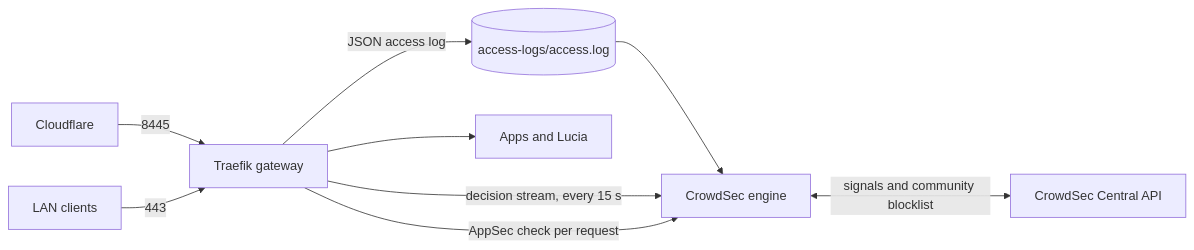
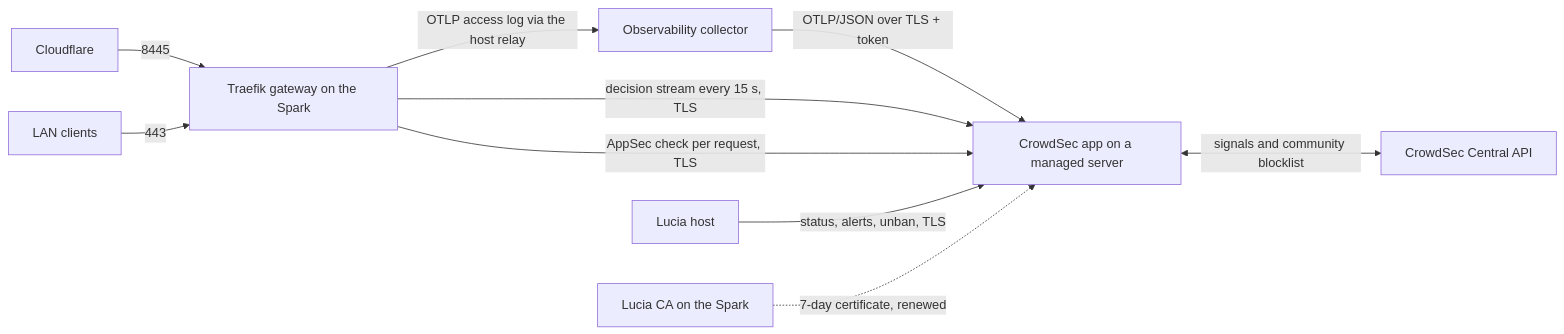
One commit to seiggy/lucia.os changed the diagram in docs-site/docs/deploy/crowdsec.mdx. Above: the diagram before and after it, drawn with Mermaid. The commit also changed other lines of this file and 50 other files, not shown here.

First line of the commit message:
CrowdSec: a catalog app on a managed node, with a Gateway protection page

````diff
--- a/docs-site/docs/deploy/crowdsec.mdx
+++ b/docs-site/docs/deploy/crowdsec.mdx
@@ -20,11 +22,12 @@
 ```mermaid
 flowchart LR
-  cf[Cloudflare] -->|8445| gw[Traefik gateway]
+  cf[Cloudflare] -->|8445| gw[Traefik gateway on the Spark]
   lan[LAN clients] -->|443| gw
-  gw -->|JSON access log| log[(access-logs/access.log)]
-  log --> cs[CrowdSec engine]
-  gw -->|"decision stream, every 15 s"| cs
-  gw -->|"AppSec check per request"| cs
+  gw -->|OTLP access log via the host relay| otel[Observability collector]
+  otel -->|"OTLP/JSON over TLS + token"| cs[CrowdSec app on a managed server]
+  gw -->|"decision stream every 15 s, TLS"| cs
+  gw -->|"AppSec check per request, TLS"| cs
+  host[Lucia host] -->|"status, alerts, unban, TLS"| cs
+  ca[Lucia CA on the Spark] -.->|"7-day certificate, renewed"| cs
   cs <-->|signals and community blocklist| capi[CrowdSec Central API]
-  gw --> apps[Apps and Lucia]
 ```
````
